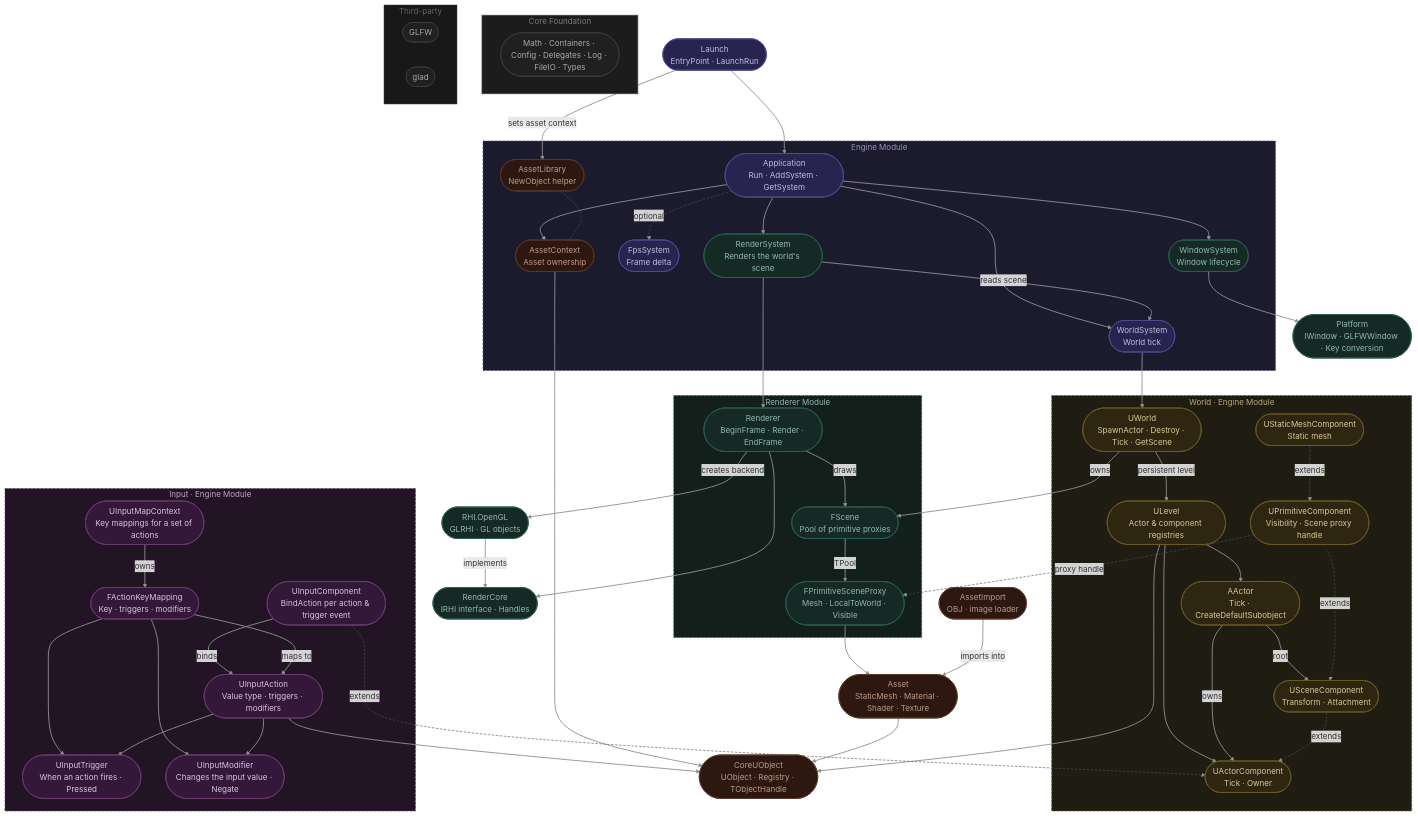
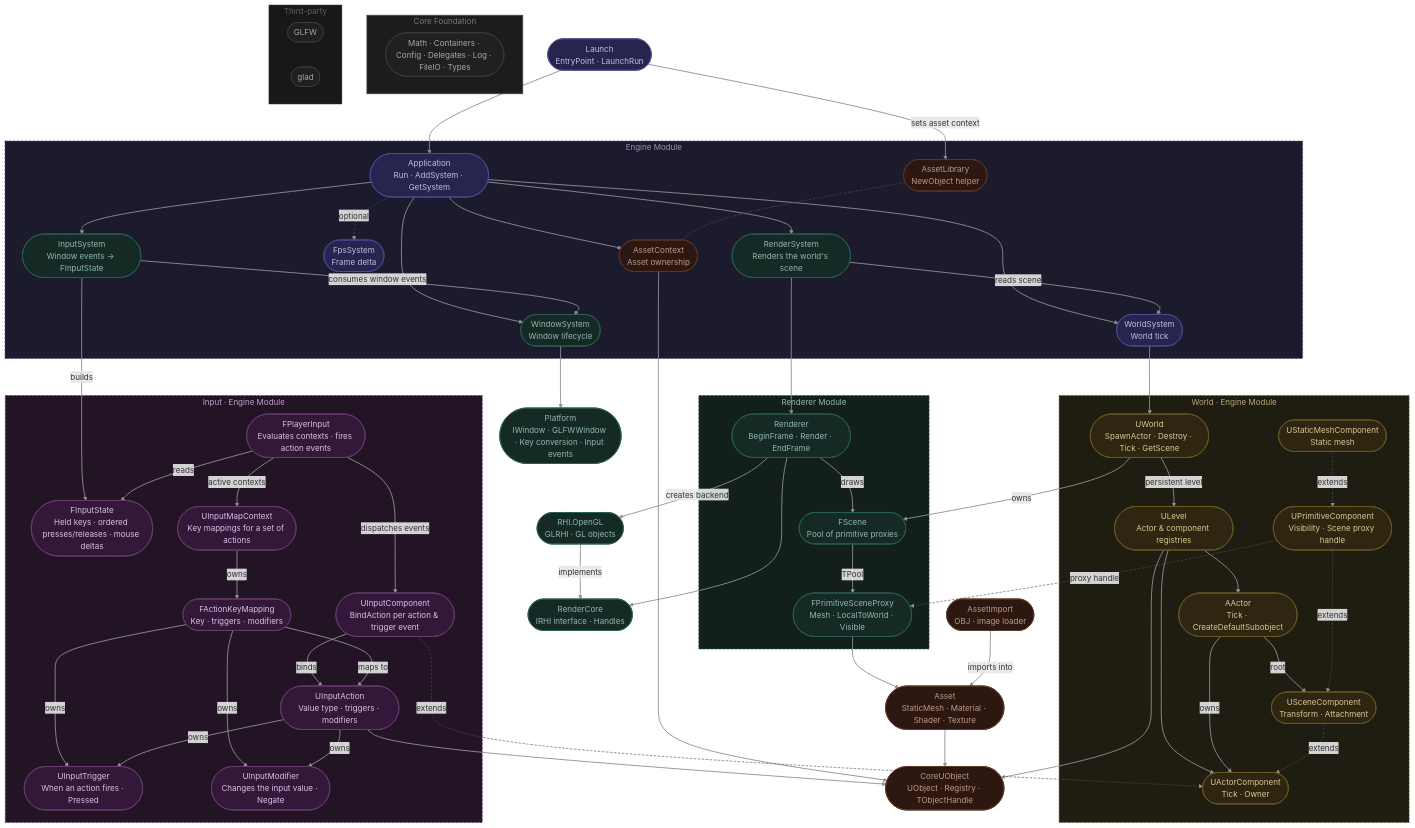
Before and after one commit to ShotaKhakhishvili/KIU_ClubEngine: the diagram in README.md, drawn with Mermaid. The commit also changed other lines of this file, not shown here.

````diff
--- a/README.md
+++ b/README.md
@@ -15,6 +15,7 @@
         AssetLibrary(["AssetLibrary<br/>NewObject helper"])
         WorldSystem(["WorldSystem<br/>World tick"])
         WindowSystem(["WindowSystem<br/>Window lifecycle"])
+        InputSystem(["InputSystem<br/>Window events → FInputState"])
         FpsSystem(["FpsSystem<br/>Frame delta"])
         AssetContext(["AssetContext<br/>Asset ownership"])
         RenderSystem(["RenderSystem<br/>Renders the world's scene"])
@@ -31,6 +32,8 @@
     end
 
     subgraph InputLayer["  Input · Engine Module  "]
+        FInputState(["FInputState<br/>Held keys · ordered presses/releases · mouse deltas"])
+        FPlayerInput(["FPlayerInput<br/>Evaluates contexts · fires action events"])
         UInputComponent(["UInputComponent<br/>BindAction per action & trigger event"])
         UInputMapContext(["UInputMapContext<br/>Key mappings for a set of actions"])
         FActionKeyMapping(["FActionKeyMapping<br/>Key · triggers · modifiers"])
@@ -46,7 +49,7 @@
     end
 
     CoreUObject(["CoreUObject<br/>UObject · Registry · TObjectHandle"])
-    Platform(["Platform<br/>IWindow · GLFWWindow · Key conversion"])
+    Platform(["Platform<br/>IWindow · GLFWWindow · Key conversion · Input events"])
     Asset(["Asset<br/>StaticMesh · Material · Shader · Texture"])
     AssetImport(["AssetImport<br/>OBJ · image loader"])
     RenderCore(["RenderCore<br/>IRHI interface · Handles"])
@@ -103,11 +106,18 @@
     UInputComponent -->|binds| UInputAction
     UInputMapContext -->|owns| FActionKeyMapping
     FActionKeyMapping -->|maps to| UInputAction
-    FActionKeyMapping --> UInputTrigger
-    FActionKeyMapping --> UInputModifier
-    UInputAction --> UInputTrigger
-    UInputAction --> UInputModifier
+    FActionKeyMapping -->|owns| UInputTrigger
+    FActionKeyMapping -->|owns| UInputModifier
+    UInputAction -->|owns| UInputTrigger
+    UInputAction -->|owns| UInputModifier
     UInputAction --> CoreUObject
+
+    Application --> InputSystem
+    InputSystem -->|consumes window events| WindowSystem
+    InputSystem -->|builds| FInputState
+    FPlayerInput -->|reads| FInputState
+    FPlayerInput -->|active contexts| UInputMapContext
+    FPlayerInput -->|dispatches events| UInputComponent
 
     linkStyle default stroke:#909090,stroke-width:1.8px
     linkStyle 4,7,18,19,20,21,32 stroke:#505050,stroke-width:1.2px,stroke-dasharray:5 3
@@ -127,9 +137,9 @@
     classDef foundation    fill:#202020,stroke:#444444,stroke-width:1px,color:#a8a8a8
 
     class Launch,Application,FpsSystem,WorldSystem orchestration
-    class RenderSystem,WindowSystem,Renderer,FScene,FPrimitiveSceneProxy,Platform,RenderCore,RHI_OpenGL runtime
+    class RenderSystem,WindowSystem,InputSystem,Renderer,FScene,FPrimitiveSceneProxy,Platform,RenderCore,RHI_OpenGL runtime
     class AssetContext,AssetLibrary,CoreUObject,Asset,AssetImport asset
     class UWorld,ULevel,AActor,UActorComponent,USceneComponent,UPrimitiveComponent,UStaticMeshComponent world
-    class UInputComponent,UInputMapContext,FActionKeyMapping,UInputAction,UInputTrigger,UInputModifier input
+    class UInputComponent,UInputMapContext,FActionKeyMapping,UInputAction,UInputTrigger,UInputModifier,FInputState,FPlayerInput input
     class Core,GLFW,glad foundation
 ```
````
